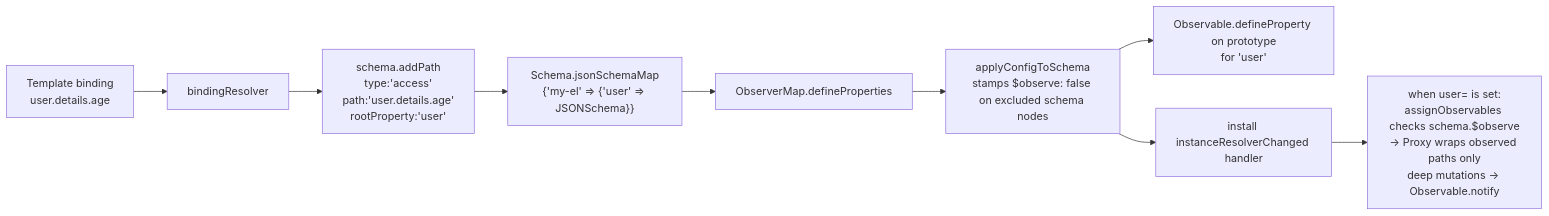
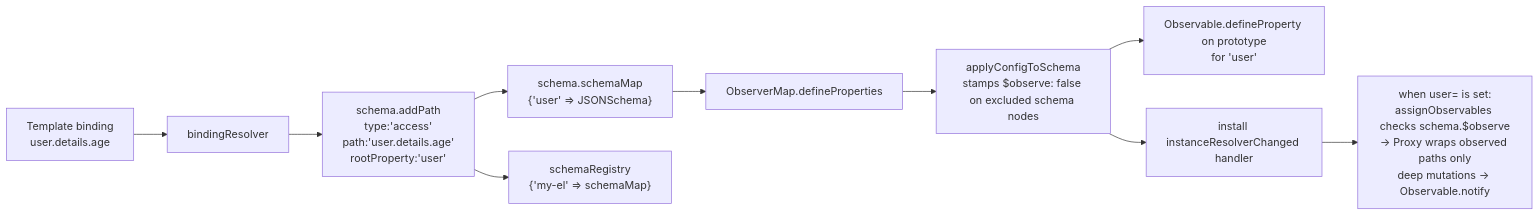
One commit to microsoft/fast changed the third of 4 diagrams in packages/fast-html/DESIGN.md. Above: the diagram before and after it, drawn with Mermaid. The commit also changed other lines of this file and 12 other files, not shown here.

First line of the commit message:
refactor: modularize Schema, ObserverMap, and AttributeMap in fast-html (#7478)

````diff
--- a/packages/fast-html/DESIGN.md
+++ b/packages/fast-html/DESIGN.md
@@ -409,11 +436,12 @@
 ```mermaid
 flowchart LR
     A["Template binding\nuser.details.age"] --> B[bindingResolver]
     B --> C[schema.addPath\ntype:'access'\npath:'user.details.age'\nrootProperty:'user']
-    C --> D["Schema.jsonSchemaMap\n{'my-el' => {'user' => JSONSchema}}"]
+    C --> D["schema.schemaMap\n{'user' => JSONSchema}"]
+    C --> D2["schemaRegistry\n{'my-el' => schemaMap}"]
     D --> E[ObserverMap.defineProperties]
     E --> E1["applyConfigToSchema\nstamps $observe: false on excluded schema nodes"]
     E1 --> F[Observable.defineProperty on prototype\nfor 'user']
     E1 --> G[install instanceResolverChanged handler]
     G --> H["when user= is set:\nassignObservables checks schema.$observe\n→ Proxy wraps observed paths only\ndeep mutations → Observable.notify"]
 ```
````
